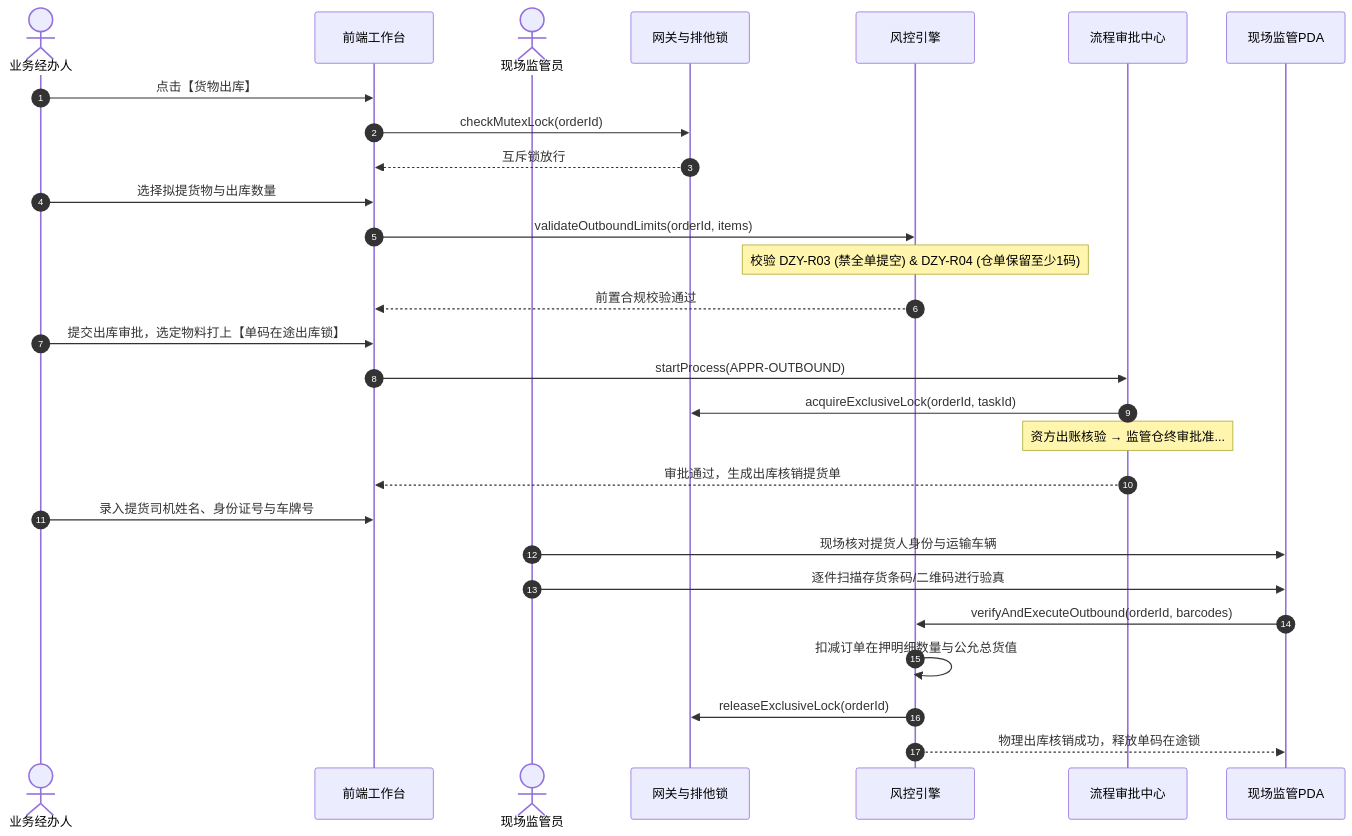
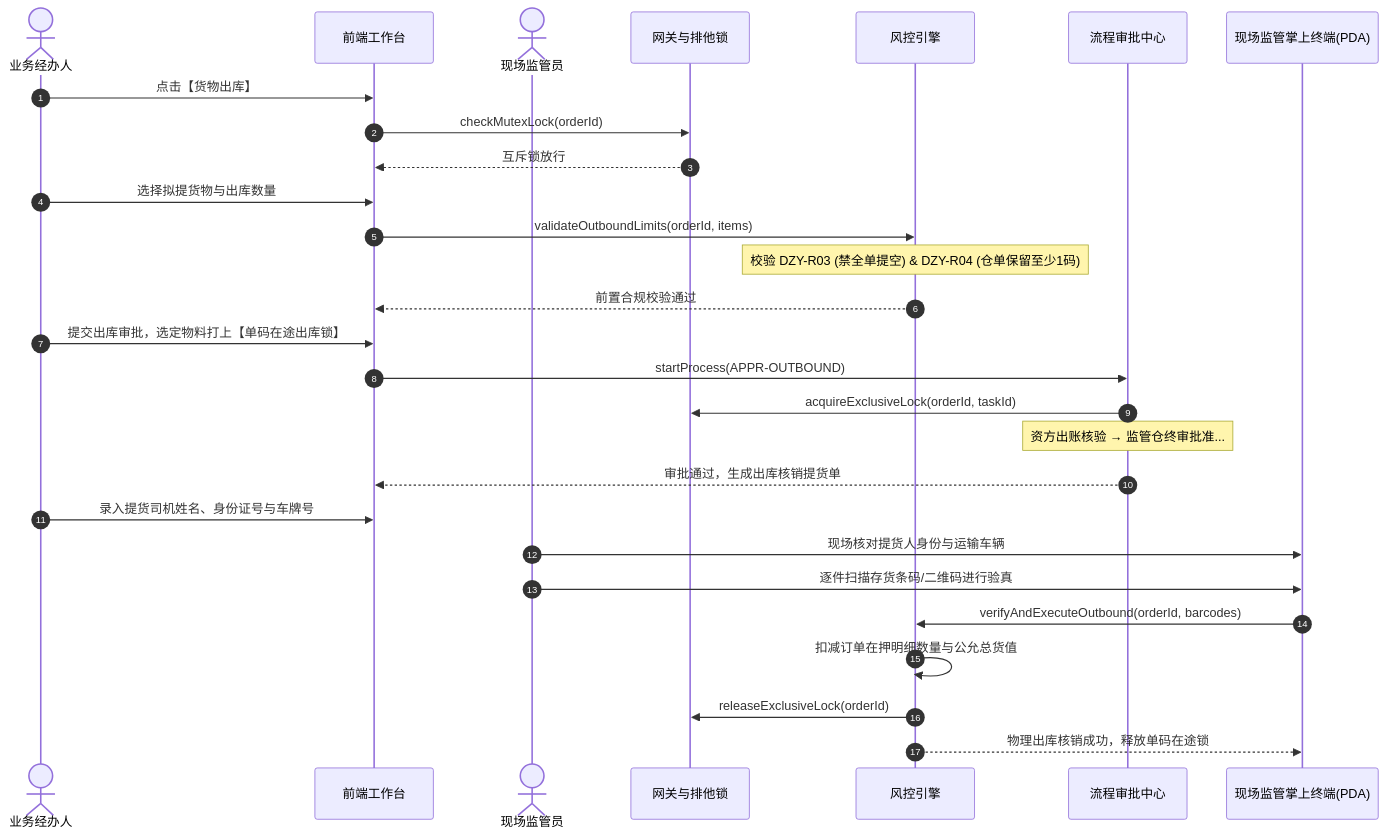
One commit to RobertHuang999/SYZC changed the second of 5 diagrams in 02-PRD文档/🌟🌟🌟-最新基准版/B端PC/03-融资监管/07-抵质押业务-抵质押业务管理/抵质押业务管理业务规则规格.md. Above: the diagram before and after it, drawn with Mermaid. The commit also changed other lines of this file and 264 other files, not shown here.

````diff
--- a/02-PRD文档/🌟🌟🌟-最新基准版/B端PC/03-融资监管/07-抵质押业务-抵质押业务管理/抵质押业务管理业务规则规格.md
+++ b/02-PRD文档/🌟🌟🌟-最新基准版/B端PC/03-融资监管/07-抵质押业务-抵质押业务管理/抵质押业务管理业务规则规格.md
@@ -183,33 +173,33 @@
 ```mermaid
 sequenceDiagram
     autonumber
     actor Oper as 业务经办人
     participant UI as 前端工作台
     actor Reg as 现场监管员
     participant Gate as 网关与排他锁
     participant Engine as 风控引擎
     participant Flow as 流程审批中心
-    participant PDA as 现场监管PDA
+    participant PDA as 现场监管掌上终端(PDA)
 
     Oper->>UI: 点击【货物出库】
     UI->>Gate: checkMutexLock(orderId)
     Gate-->>UI: 互斥锁放行
     Oper->>UI: 选择拟提货物与出库数量
     UI->>Engine: validateOutboundLimits(orderId, items)
     Note over Engine: 校验 DZY-R03 (禁全单提空) & DZY-R04 (仓单保留至少1码)
     Engine-->>UI: 前置合规校验通过
     Oper->>UI: 提交出库审批，选定物料打上【单码在途出库锁】
     UI->>Flow: startProcess(APPR-OUTBOUND)
     Flow->>Gate: acquireExclusiveLock(orderId, taskId)
     
     Note over Flow: 资方出账核验 → 监管仓终审批准...
     
     Flow-->>UI: 审批通过，生成出库核销提货单
     Oper->>UI: 录入提货司机姓名、身份证号与车牌号
     Reg->>PDA: 现场核对提货人身份与运输车辆
     Reg->>PDA: 逐件扫描存货条码/二维码进行验真
     PDA->>Engine: verifyAndExecuteOutbound(orderId, barcodes)
     Engine->>Engine: 扣减订单在押明细数量与公允总货值
     Engine->>Gate: releaseExclusiveLock(orderId)
     Engine-->>PDA: 物理出库核销成功，释放单码在途锁
 ```
````
